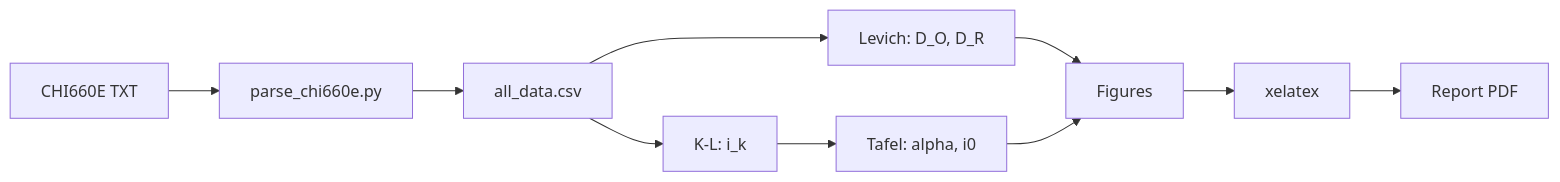
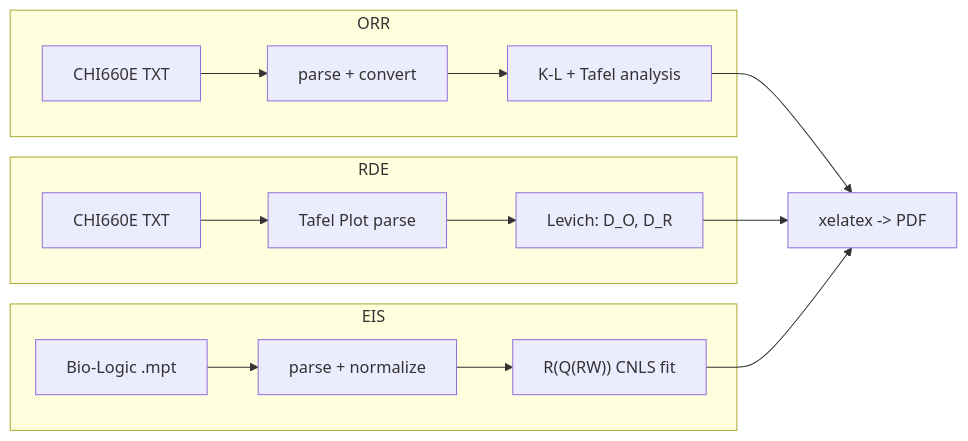
Before and after one commit to 22xuan/CHI660E-Projects: the diagram in README.md, drawn with Mermaid. The commit also changed 2 other files, not shown here.

Commit message:
README全项目审查: 修正EIS电路描述+补齐RDE error_analysis+更新Mermaid含三项目

````diff
--- a/README.md
+++ b/README.md
@@ -9,12 +9,18 @@
 ```mermaid
 flowchart LR
-    TXT["CHI660E TXT"] --> Parse["parse_chi660e.py"]
-    Parse --> CSV["all_data.csv"]
-    CSV --> Levich["Levich: D_O, D_R"]
-    CSV --> KL["K-L: i_k"]
-    KL --> Tafel["Tafel: alpha, i0"]
-    Levich --> Figs["Figures"]
-    Tafel --> Figs
-    Figs --> LaTeX["xelatex"]
-    LaTeX --> PDF["Report PDF"]
+    subgraph ORR
+        O_TXT["CHI660E TXT"] --> O_Parse["parse + convert"]
+        O_Parse --> O_KL["K-L + Tafel analysis"]
+    end
+    subgraph RDE
+        R_TXT["CHI660E TXT"] --> R_Parse["Tafel Plot parse"]
+        R_Parse --> R_Levich["Levich: D_O, D_R"]
+    end
+    subgraph EIS
+        E_MPT["Bio-Logic .mpt"] --> E_Parse["parse + normalize"]
+        E_Parse --> E_Fit["R(Q(RW)) CNLS fit"]
+    end
+    O_KL --> Report["xelatex -> PDF"]
+    R_Levich --> Report
+    E_Fit --> Report
 ```
````
